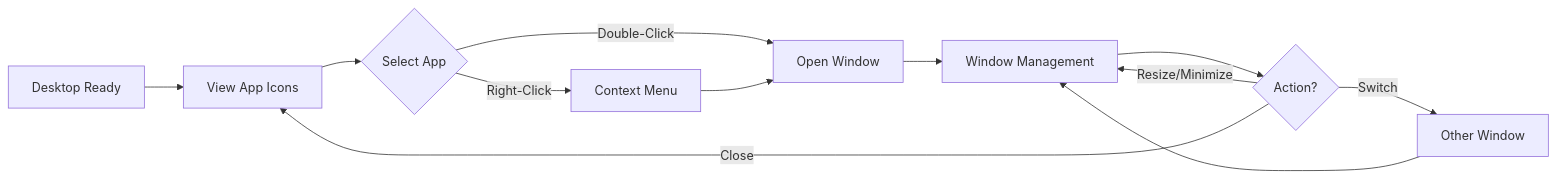
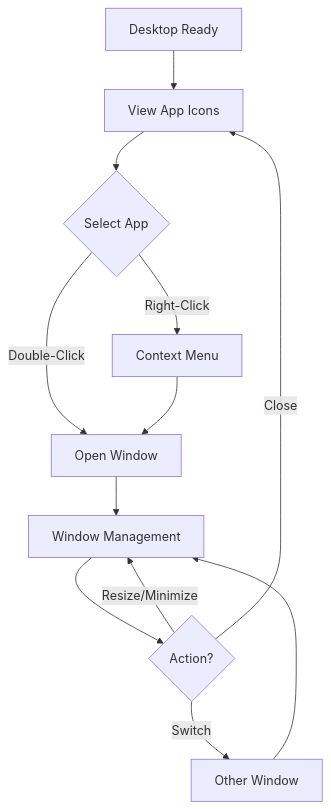
The second of 10 diagrams in docs/SEN3781_Assignment4_Information_Architecture_Report.md (RoundRobinHood/cogniflight-cloud), drawn with Mermaid before and after one commit. The commit also changed other lines of this file, not shown here.

Commit message:
improved diagram readability

````diff
--- a/docs/SEN3781_Assignment4_Information_Architecture_Report.md
+++ b/docs/SEN3781_Assignment4_Information_Architecture_Report.md
@@ -163,10 +164,13 @@
 ```mermaid
-flowchart LR
-    A[Desktop Ready] --> B[View App Icons] --> C{Select App}
-    C -->|Double-Click| D[Open Window] --> F[Window Management]
-    C -->|Right-Click| E[Context Menu] --> D
-    F --> G{Action?}
+flowchart TD
+    A[Desktop Ready] --> B[View App Icons]
+    B --> C{Select App}
+    C -->|Double-Click| D[Open Window]
+    C -->|Right-Click| E[Context Menu]
+    E --> D
+    D --> F[Window Management] --> G{Action?}
     G -->|Resize/Minimize| F
-    G -->|Switch| I[Other Window] --> F
+    G -->|Switch| I[Other Window]
+    I --> F
     G -->|Close| B
 ```
````
